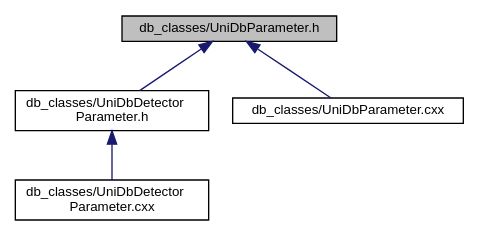
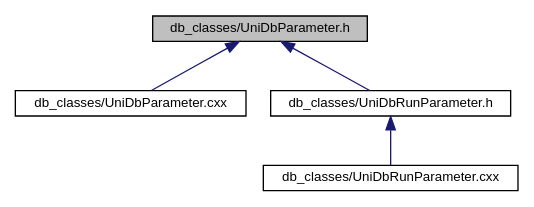
One commit to mam-mih-val/bmnroot changed the diagram in uni_db/docs/ref_man/_uni_db_parameter_8h__dep__incl.dot. Above: the diagram before and after it, drawn with Graphviz. The commit also changed 149 other files, not shown here.

```diff
--- a/uni_db/docs/ref_man/_uni_db_parameter_8h__dep__incl.dot
+++ b/uni_db/docs/ref_man/_uni_db_parameter_8h__dep__incl.dot
@@ -1,12 +1,12 @@
 digraph "db_classes/UniDbParameter.h"
 {
   edge [fontname="Helvetica",fontsize="10",labelfontname="Helvetica",labelfontsize="10"];
   node [fontname="Helvetica",fontsize="10",shape=record];
   Node1 [label="db_classes/UniDbParameter.h",height=0.2,width=0.4,color="black", fillcolor="grey75", style="filled", fontcolor="black"];
   Node1 -> Node2 [dir="back",color="midnightblue",fontsize="10",style="solid",fontname="Helvetica"];
-  Node2 [label="db_classes/UniDbDetector\lParameter.h",height=0.2,width=0.4,color="black", fillcolor="white", style="filled",URL="$_uni_db_detector_parameter_8h.html"];
-  Node2 -> Node3 [dir="back",color="midnightblue",fontsize="10",style="solid",fontname="Helvetica"];
-  Node3 [label="db_classes/UniDbDetector\lParameter.cxx",height=0.2,width=0.4,color="black", fillcolor="white", style="filled",URL="$_uni_db_detector_parameter_8cxx.html"];
-  Node1 -> Node4 [dir="back",color="midnightblue",fontsize="10",style="solid",fontname="Helvetica"];
-  Node4 [label="db_classes/UniDbParameter.cxx",height=0.2,width=0.4,color="black", fillcolor="white", style="filled",URL="$_uni_db_parameter_8cxx.html"];
+  Node2 [label="db_classes/UniDbParameter.cxx",height=0.2,width=0.4,color="black", fillcolor="white", style="filled",URL="$_uni_db_parameter_8cxx.html"];
+  Node1 -> Node3 [dir="back",color="midnightblue",fontsize="10",style="solid",fontname="Helvetica"];
+  Node3 [label="db_classes/UniDbRunParameter.h",height=0.2,width=0.4,color="black", fillcolor="white", style="filled",URL="$_uni_db_run_parameter_8h.html"];
+  Node3 -> Node4 [dir="back",color="midnightblue",fontsize="10",style="solid",fontname="Helvetica"];
+  Node4 [label="db_classes/UniDbRunParameter.cxx",height=0.2,width=0.4,color="black", fillcolor="white", style="filled",URL="$_uni_db_run_parameter_8cxx.html"];
 }
```
